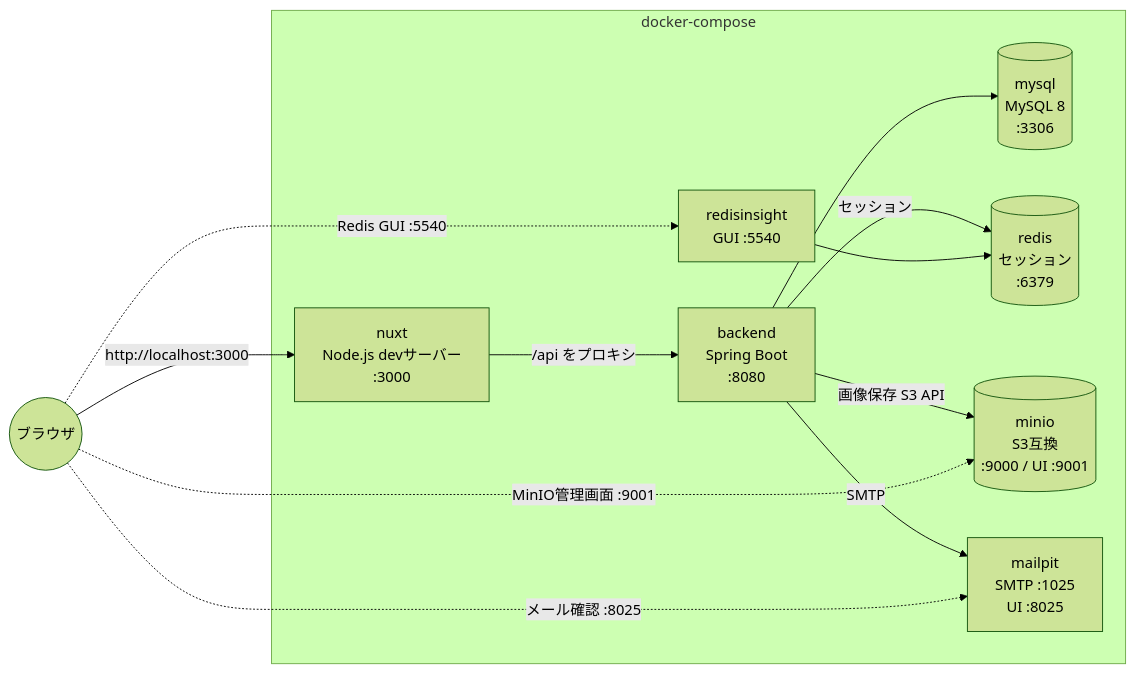
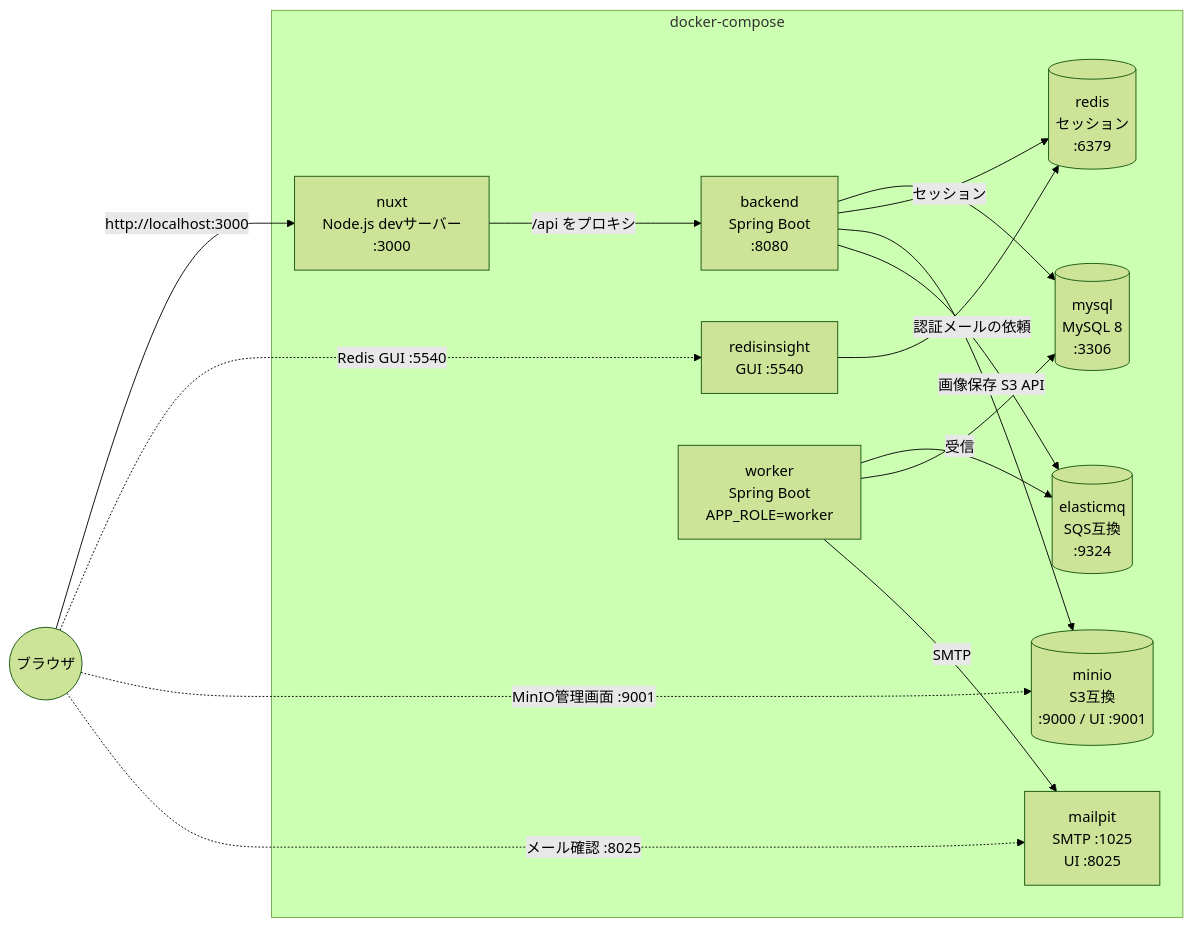
The diagram in docs/development/README.md (0000masa/nuxt-java-practice), drawn with Mermaid (forest theme) before and after one commit. The commit also changed other lines of this file and 5 other files, not shown here.

````diff
--- a/docs/development/README.md
+++ b/docs/development/README.md
@@ -7,25 +7,30 @@
 ```mermaid
 flowchart LR
     Browser((ブラウザ))
 
     subgraph compose[docker-compose]
         Nuxt[nuxt<br/>Node.js devサーバー<br/>:3000]
         App[backend<br/>Spring Boot<br/>:8080]
         DB[(mysql<br/>MySQL 8<br/>:3306)]
         Redis[(redis<br/>セッション<br/>:6379)]
         Insight[redisinsight<br/>GUI :5540]
         Minio[(minio<br/>S3互換<br/>:9000 / UI :9001)]
         Mail[mailpit<br/>SMTP :1025<br/>UI :8025]
+        Mq[(elasticmq<br/>SQS互換<br/>:9324)]
+        Worker[worker<br/>Spring Boot<br/>APP_ROLE=worker]
     end
 
     Browser -->|http://localhost:3000| Nuxt
     Nuxt -->|/api をプロキシ| App
     App --> DB
     App -->|セッション| Redis
     App -->|画像保存 S3 API| Minio
-    App -->|SMTP| Mail
+    App -->|認証メールの依頼| Mq
+    Worker -->|受信| Mq
+    Worker --> DB
+    Worker -->|SMTP| Mail
     Insight --> Redis
     Browser -.Redis GUI :5540.-> Insight
     Browser -.MinIO管理画面 :9001.-> Minio
     Browser -.メール確認 :8025.-> Mail
 ```
````
